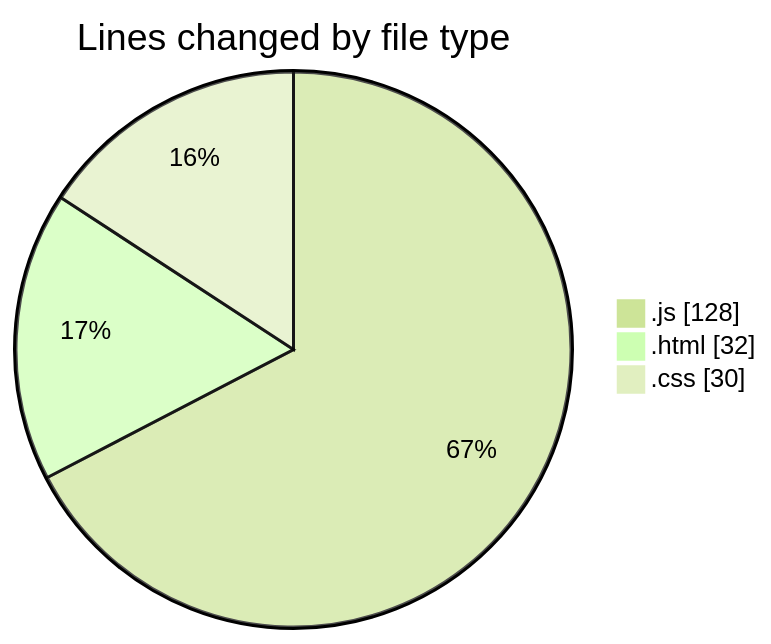
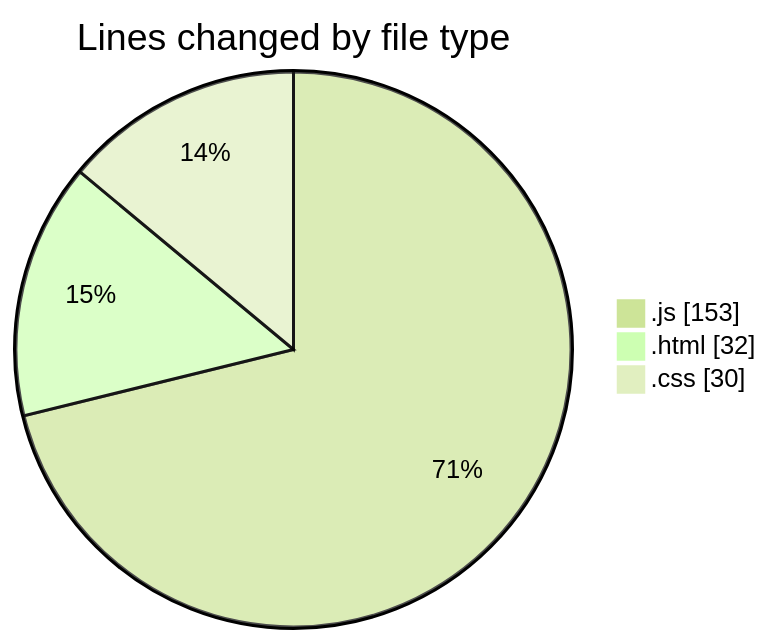
The first of 2 diagrams in 2025-01-24/projects/README.md (Ritupan-Deka/code-tracking), drawn with Mermaid (forest theme) before and after one commit. The commit also changed other lines of this file and 1 other file, not shown here.

````diff
--- a/2025-01-24/projects/README.md
+++ b/2025-01-24/projects/README.md
@@ -29,7 +29,7 @@
 ```mermaid
 pie showData
 title Lines changed by file type
-".js" : 128
+".js" : 153
 ".html" : 32
 ".css" : 30
 ```
````
